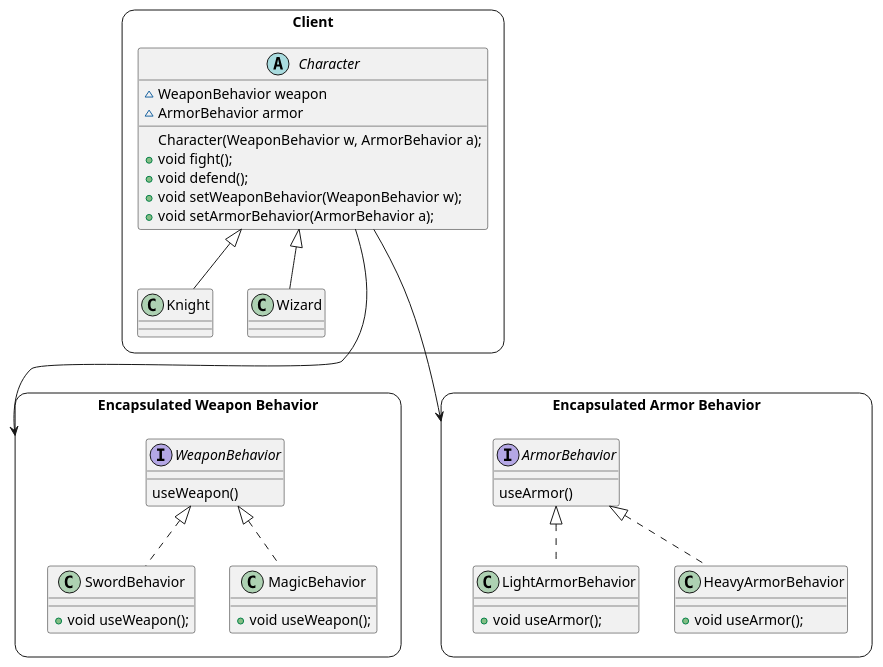
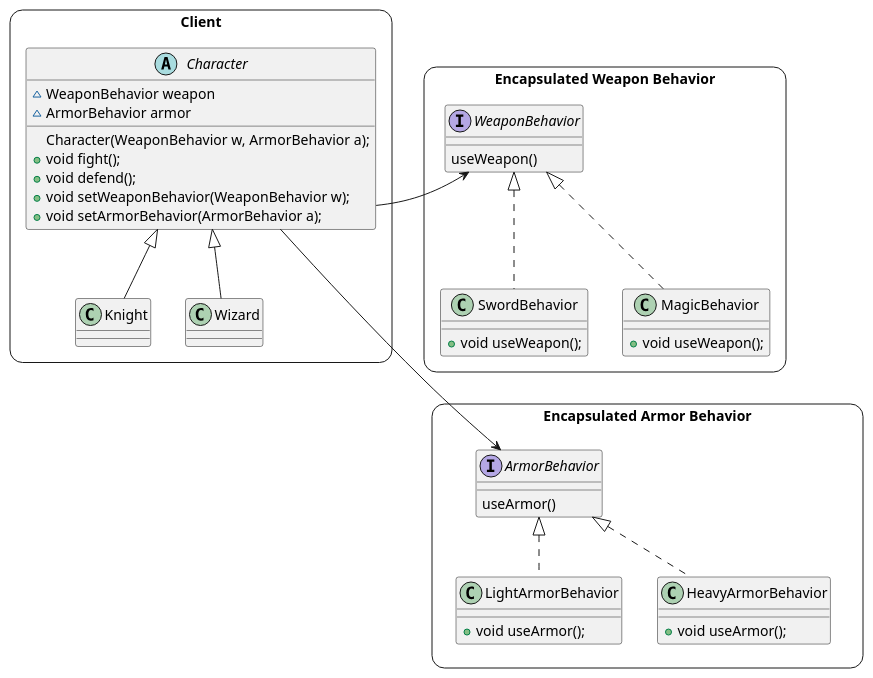
One commit to azdanov/design-patterns changed the diagram in UML/strategy.puml. Above: the diagram before and after it, drawn with PlantUML.

Commit message:
chore: update strategy

```diff
--- a/UML/strategy.puml
+++ b/UML/strategy.puml
@@ -1,56 +1,59 @@
 @startuml Strategy
 
 skinparam rectangle {
   roundCorner 25
 }
 
 rectangle "Client" {
   abstract class Character {
     {field} ~WeaponBehavior weapon
     {field} ~ArmorBehavior armor
     {method} Character(WeaponBehavior w, ArmorBehavior a);
     {method} +void fight();
     {method} +void defend();
     {method} +void setWeaponBehavior(WeaponBehavior w);
     {method} +void setArmorBehavior(ArmorBehavior a);
   }
 
   class Knight extends Character
 
   class Wizard extends Character
 }
 
 together {
   rectangle "Encapsulated Weapon Behavior" {
     interface WeaponBehavior {
       {method} useWeapon()
     }
 
     class SwordBehavior implements WeaponBehavior {
       {method} +void useWeapon();
     }
 
     class MagicBehavior implements WeaponBehavior {
       {method} +void useWeapon();
     }
   }
 
   rectangle "Encapsulated Armor Behavior" {
     interface ArmorBehavior {
       {method} useArmor()
     }
 
     class LightArmorBehavior implements ArmorBehavior {
       {method} +void useArmor();
     }
 
     class HeavyArmorBehavior implements ArmorBehavior {
       {method} +void useArmor();
     }
   }
 }
 
-Character --> "Encapsulated Weapon Behavior"
-Character --> "Encapsulated Armor Behavior"
-Character -[hidden]--> ArmorBehavior
+
+Character --> WeaponBehavior
+Character --> ArmorBehavior
+
+Character -[hidden]> WeaponBehavior
+WeaponBehavior -[hidden]--> "Encapsulated Armor Behavior"
 @enduml
```
